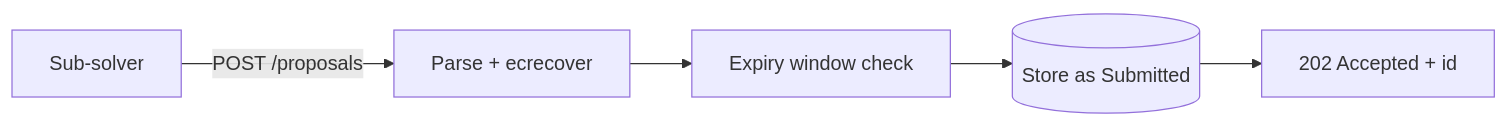
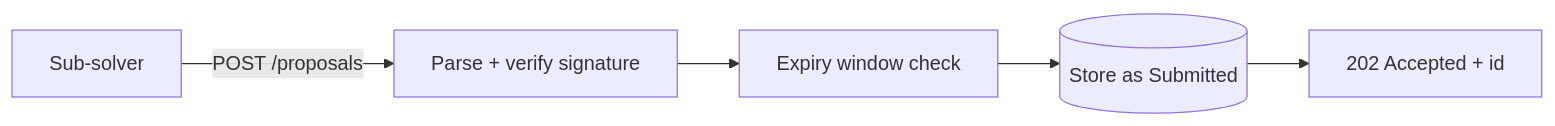
The first of 3 diagrams in service.md (bleu/byos-docs), drawn with Mermaid before and after one commit. The commit also changed other lines of this file and 3 other files, not shown here.

First line of the commit message:
docs: update for EIP-1271 contract sub-solver support

````diff
--- a/service.md
+++ b/service.md
@@ -22,7 +22,7 @@
 ```mermaid
 flowchart LR
-    SS[Sub-solver] -->|POST /proposals| PR[Parse + ecrecover]
+    SS[Sub-solver] -->|POST /proposals| PR[Parse + verify signature]
     PR --> EX[Expiry window check]
     EX --> DB[(Store as Submitted)]
     DB --> R[202 Accepted + id]
 ```
````
